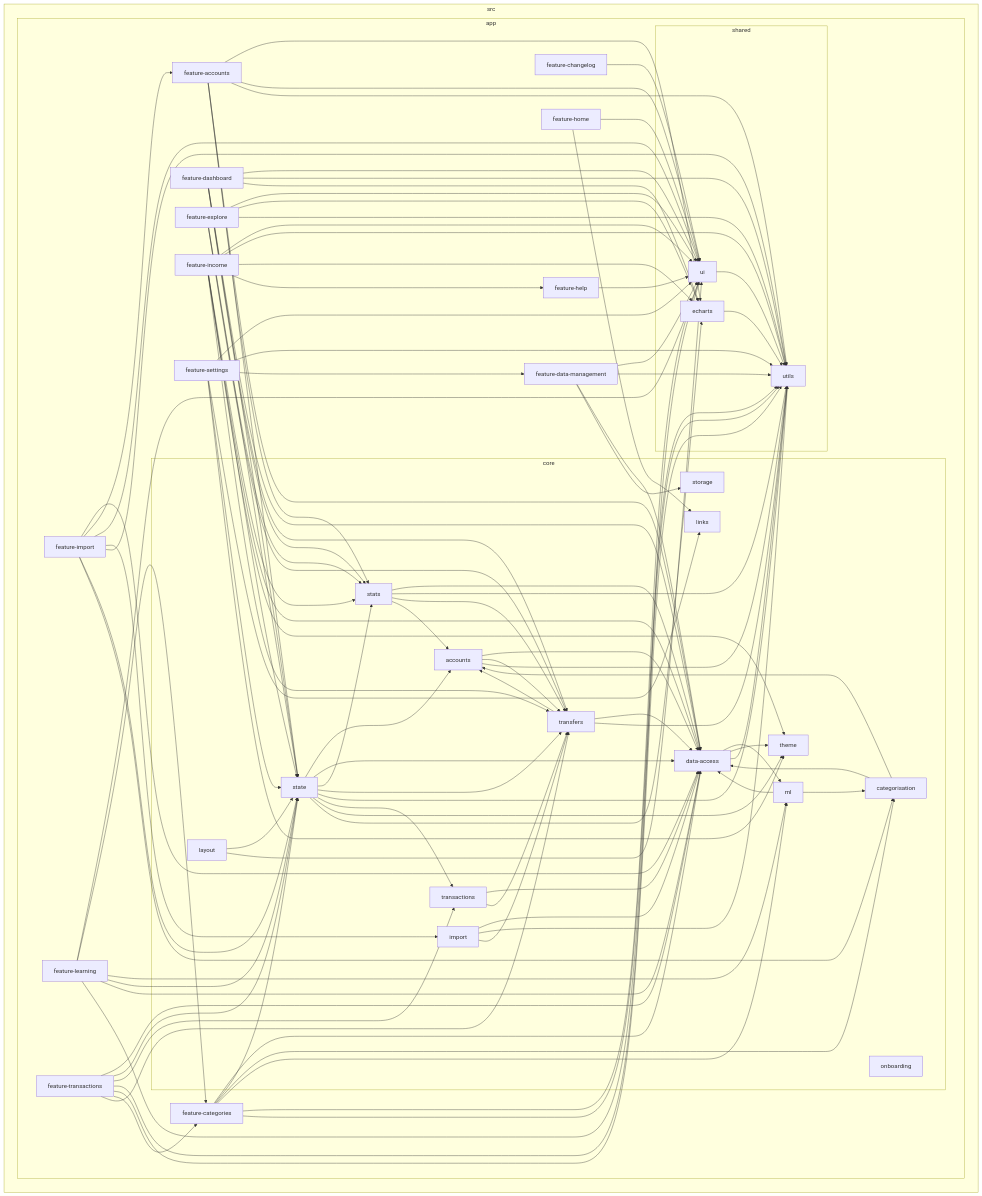
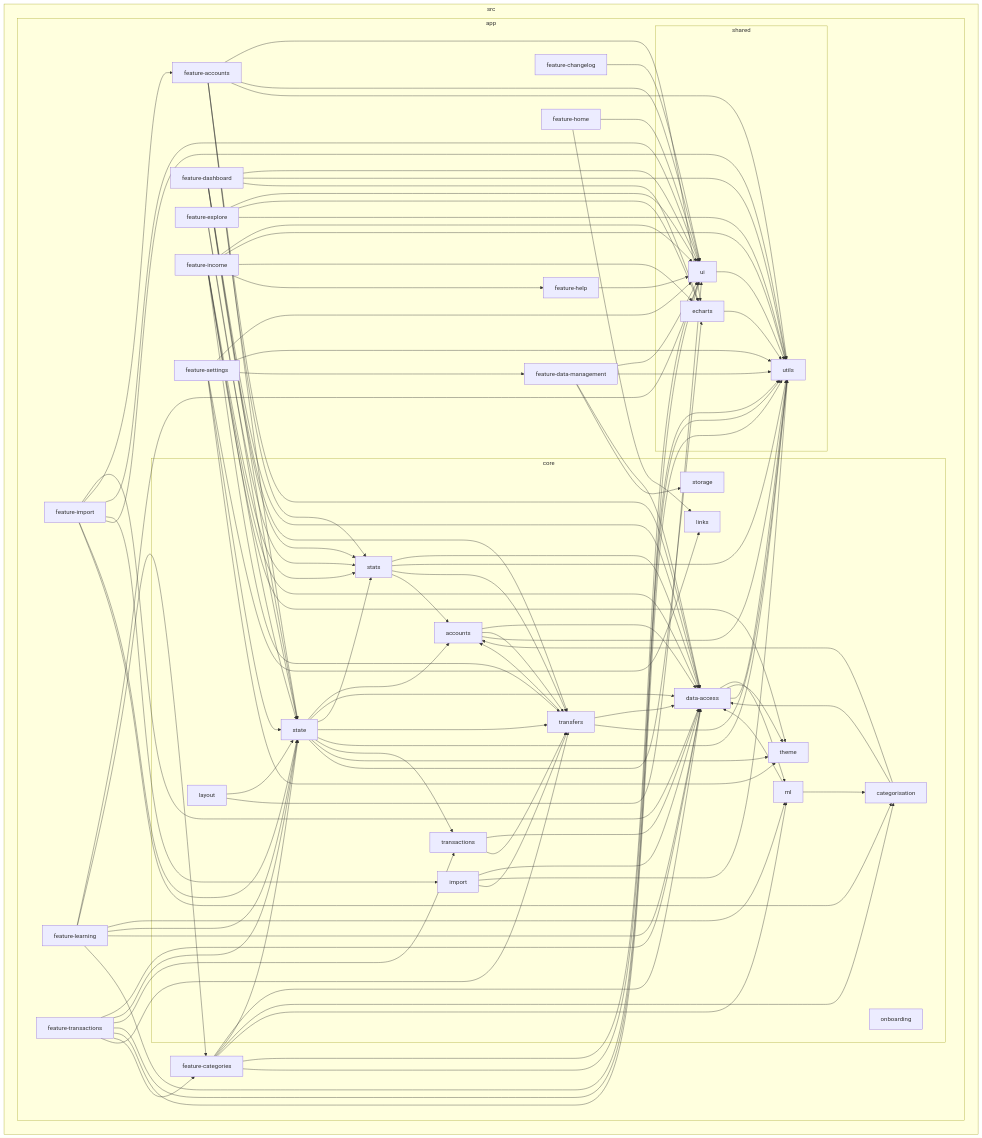
The diagram in reports/dependency-graph.mmd (kevhauma/money-mosaic-v2), drawn with Mermaid before and after one commit. The commit also changed 14 other files, not shown here.

Commit message:
feat: improved sankey graph

```diff
--- a/reports/dependency-graph.mmd
+++ b/reports/dependency-graph.mmd
@@ -1,142 +1,141 @@
 flowchart LR
 
 subgraph 0["src"]
 subgraph 1["app"]
 subgraph 2["core"]
 3["accounts"]
 4["categorisation"]
 5["data-access"]
 6["import"]
 7["layout"]
 8["links"]
 9["ml"]
 A["onboarding"]
 B["state"]
 C["stats"]
 D["storage"]
 E["theme"]
 F["transactions"]
 G["transfers"]
 end
 H["feature-accounts"]
 I["feature-categories"]
 J["feature-changelog"]
 K["feature-dashboard"]
 L["feature-data-management"]
 M["feature-explore"]
 N["feature-help"]
 O["feature-home"]
 P["feature-import"]
 Q["feature-income"]
 R["feature-learning"]
 S["feature-settings"]
 T["feature-transactions"]
 subgraph U["shared"]
 V["echarts"]
 W["ui"]
 X["utils"]
 end
 end
 end
 3-->5
 3-->G
 3-->X
 4-->5
 4-->3
 5-->9
 5-->E
 5-->X
 6-->5
 6-->X
 6-->G
 7-->B
 7-->W
 9-->4
 9-->5
 B-->3
 B-->5
 B-->C
 B-->G
 B-->X
 B-->F
 B-->E
 B-->V
 C-->5
 C-->X
 C-->G
 C-->3
 F-->5
 F-->G
 G-->5
 G-->3
 G-->X
 H-->5
 H-->V
 H-->B
 H-->W
 H-->X
 H-->C
 I-->5
 I-->B
 I-->W
 I-->X
 I-->4
 I-->9
 J-->W
 K-->5
 K-->B
 K-->W
 K-->X
 K-->G
 K-->C
 K-->V
 L-->5
 L-->D
 L-->W
 L-->X
 M-->B
 M-->W
 M-->C
-M-->G
 M-->V
 M-->X
 N-->W
 O-->8
 O-->W
 P-->5
 P-->H
 P-->W
 P-->6
 P-->X
 P-->B
 P-->4
 Q-->C
 Q-->W
 Q-->X
 Q-->5
 Q-->B
 Q-->E
 Q-->G
 Q-->V
 Q-->N
 R-->W
 R-->I
 R-->9
 R-->B
 R-->5
 R-->X
 S-->W
 S-->8
 S-->B
 S-->X
 S-->L
 S-->E
 T-->5
 T-->B
 T-->F
 T-->W
 T-->X
 T-->I
 T-->G
 V-->X
 W-->X
```
